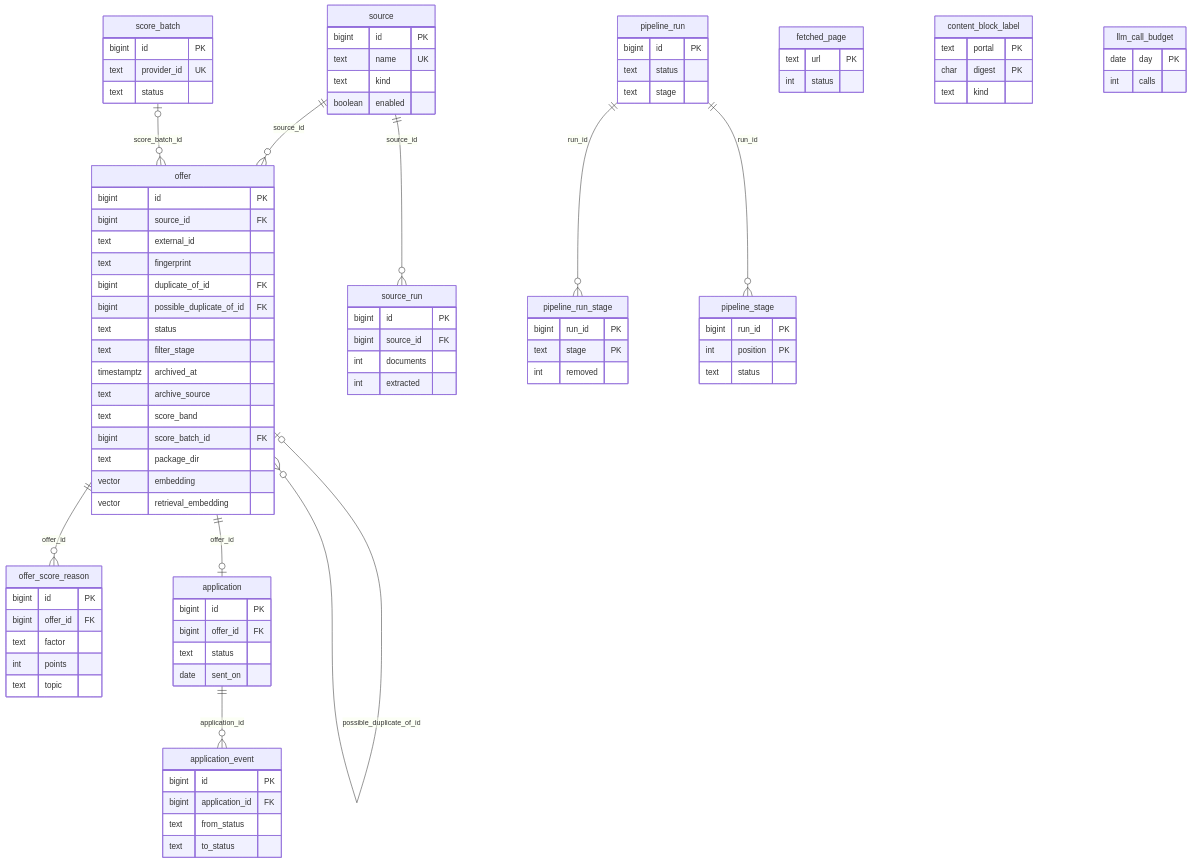
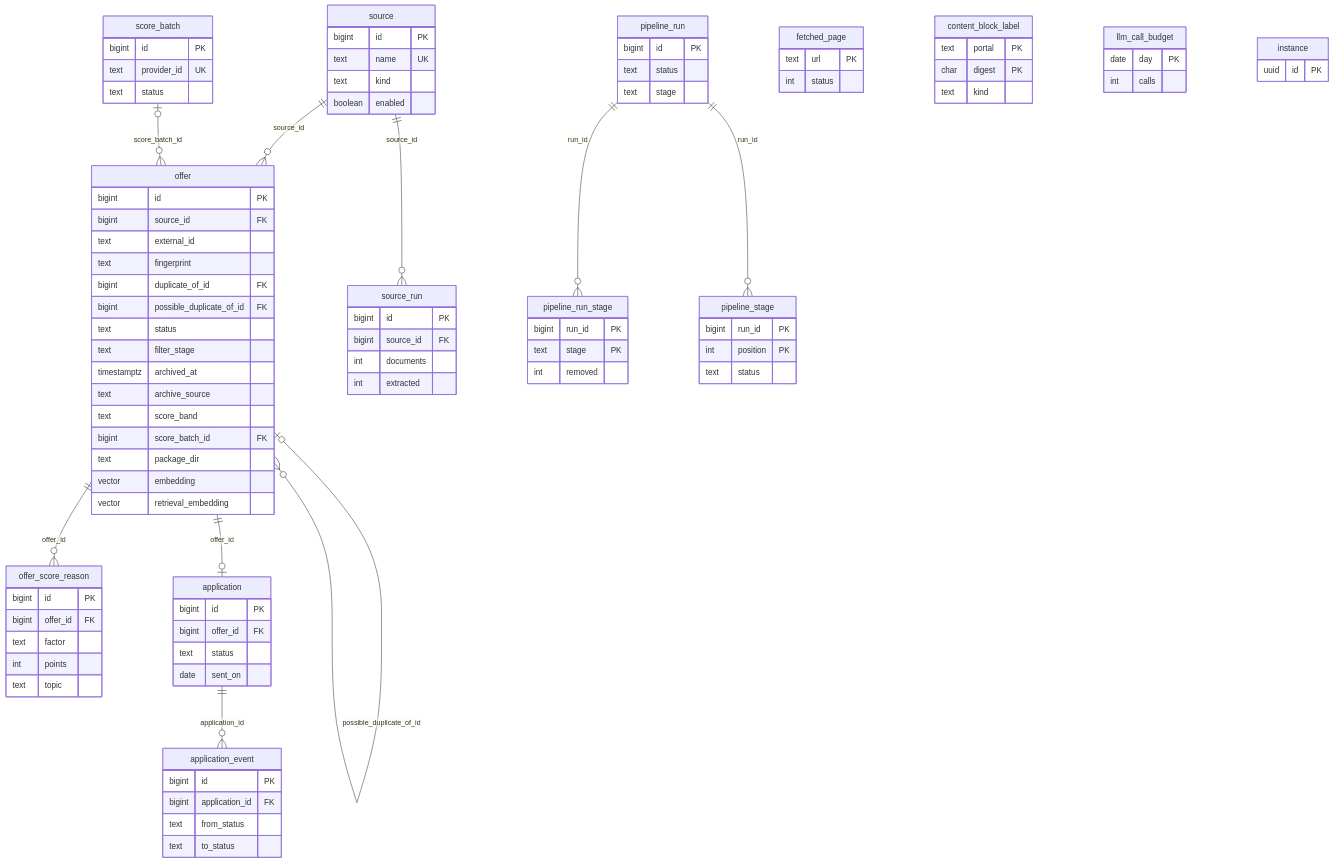
One commit to codeministry/leadgen changed the diagram in docs/DATA-MODEL.md. Above: the diagram before and after it, drawn with Mermaid. The commit also changed other lines of this file and 15 other files, not shown here.

````diff
--- a/docs/DATA-MODEL.md
+++ b/docs/DATA-MODEL.md
@@ -116,4 +116,7 @@
         date day PK
         int calls
     }
+    instance {
+        uuid id PK
+    }
 ```
````
